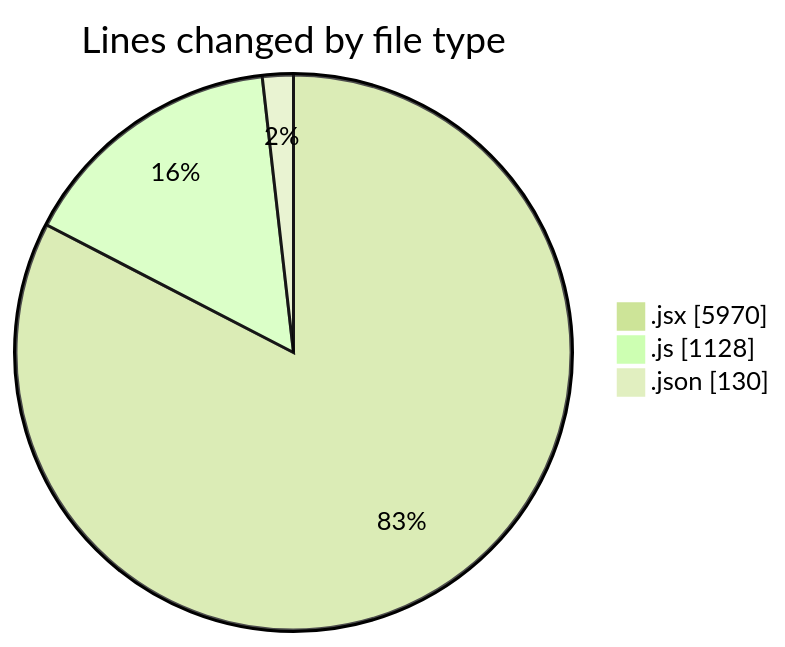
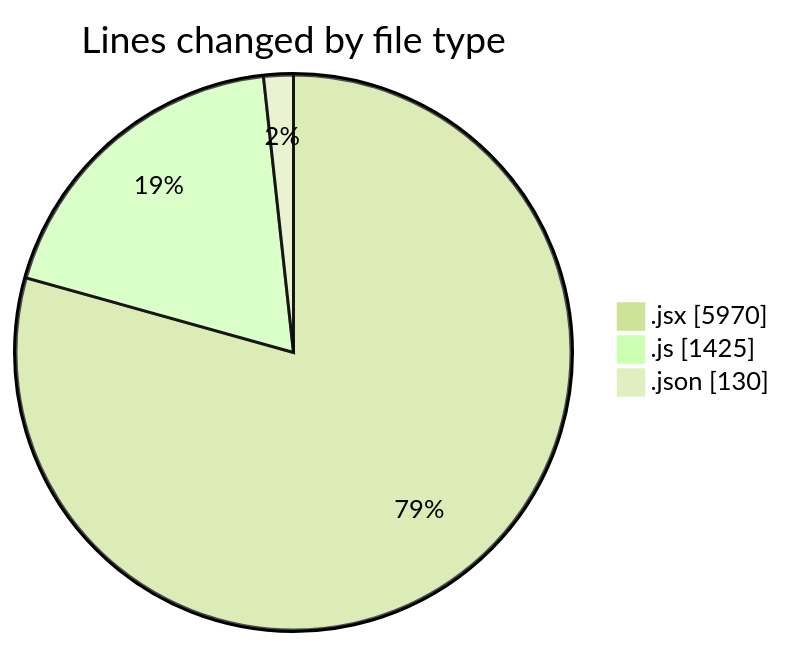
Before and after one commit to nxtqubesakshisongat/code-tracking: the first of 2 diagrams in 2025-08-06/nxtqube_webapp/README.md, drawn with Mermaid (forest theme). The commit also changed other lines of this file and 1 other file, not shown here.

````diff
--- a/2025-08-06/nxtqube_webapp/README.md
+++ b/2025-08-06/nxtqube_webapp/README.md
@@ -29,7 +29,7 @@
 ```mermaid
 pie showData
 title Lines changed by file type
 ".jsx" : 5970
-".js" : 1128
+".js" : 1425
 ".json" : 130
 ```
````
